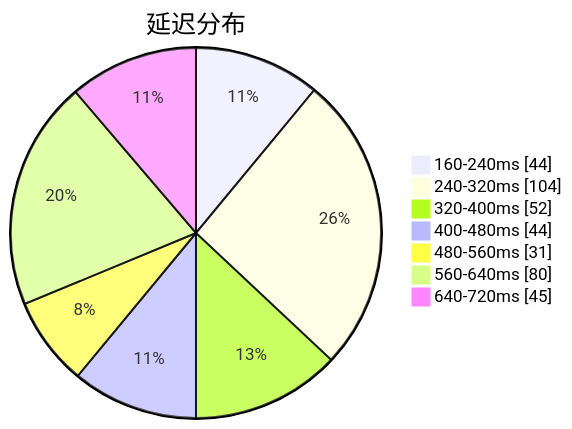
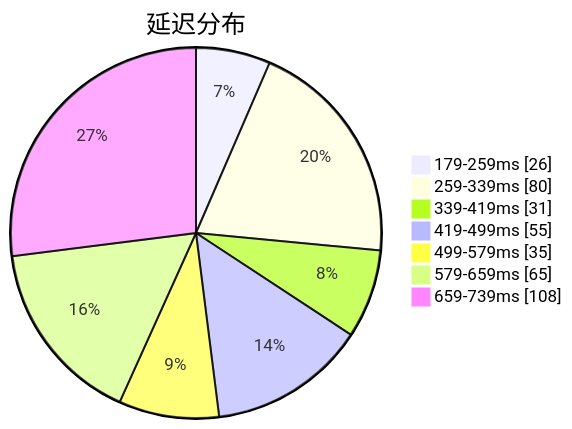
Before and after one commit to qjlxg/airport: the first of 3 diagrams in subs/statistics/tested_within.md, drawn with Mermaid. The commit also changed other lines of this file and 2 other files, not shown here.

````diff
--- a/subs/statistics/tested_within.md
+++ b/subs/statistics/tested_within.md
@@ -2,11 +2,11 @@
 ```mermaid
 pie showData
 title 延迟分布
-"160-240ms" : 44
-"240-320ms" : 104
-"320-400ms" : 52
-"400-480ms" : 44
-"480-560ms" : 31
-"560-640ms" : 80
-"640-720ms" : 45
+"179-259ms" : 26
+"259-339ms" : 80
+"339-419ms" : 31
+"419-499ms" : 55
+"499-579ms" : 35
+"579-659ms" : 65
+"659-739ms" : 108
 ```
````
